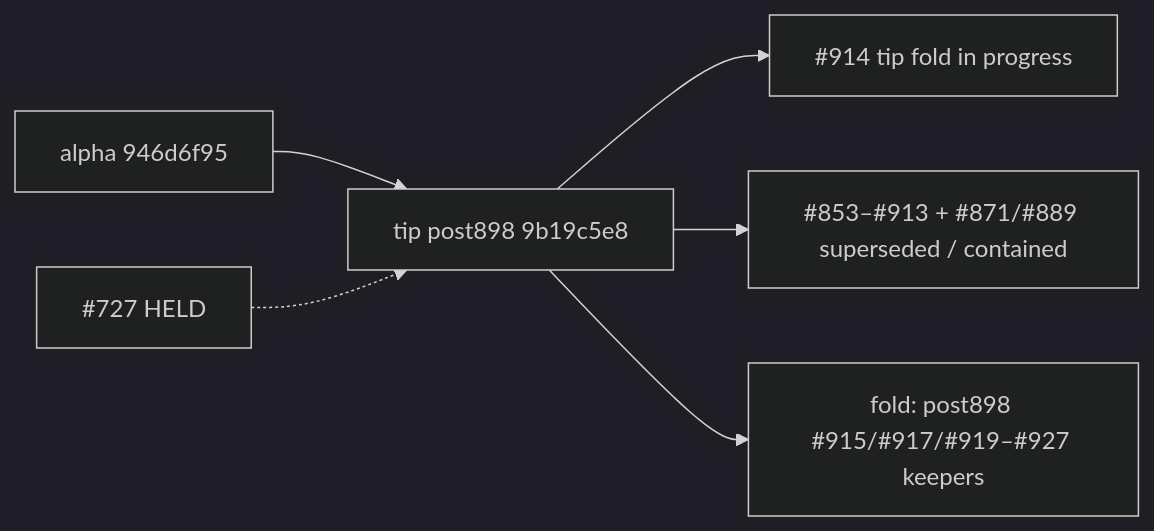
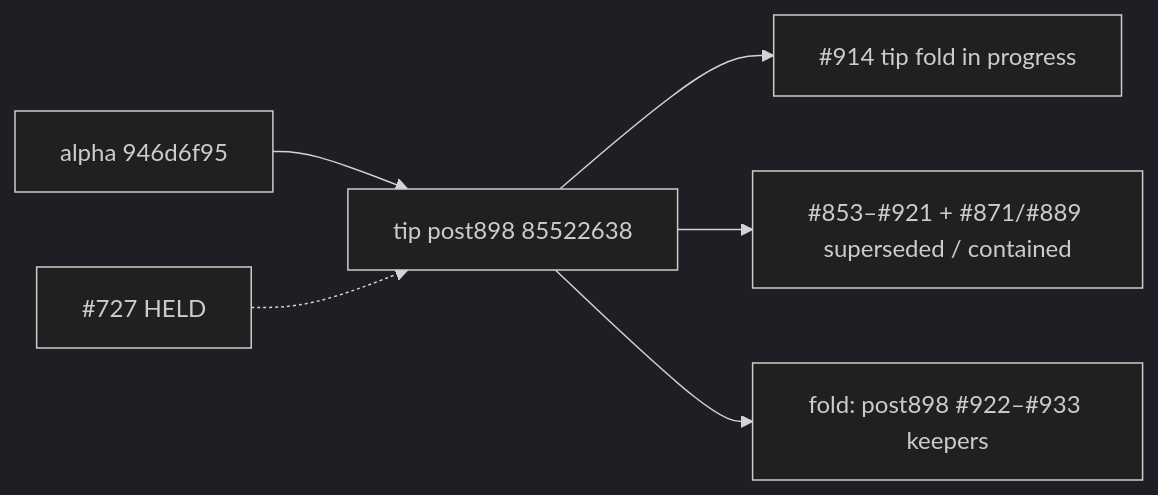
One commit to fuzzywigg/math-pentathlon changed the second of 2 diagrams in docs/dev/open-draft-triage-post898-v4-2026-10-10.md. Above: the diagram before and after it, drawn with Mermaid (dark theme). The commit also changed other lines of this file and 2 other files, not shown here.

First line of the commit message:
docs(q-mp-444): refresh triage v4 after tip absorbed #915–#921

````diff
--- a/docs/dev/open-draft-triage-post898-v4-2026-10-10.md
+++ b/docs/dev/open-draft-triage-post898-v4-2026-10-10.md
@@ -121,8 +121,8 @@
 ```mermaid
 flowchart LR
-  alphaCut["alpha 946d6f95"] --> tip898["tip post898 9b19c5e8"]
+  alphaCut["alpha 946d6f95"] --> tip898["tip post898 85522638"]
   tip898 --> tipPr["#914 tip fold in progress"]
-  tip898 --> supersededStack["#853–#913 + #871/#889 superseded / contained"]
-  tip898 --> foldReady["fold: post898 #915/#917/#919–#927 keepers"]
+  tip898 --> supersededStack["#853–#921 + #871/#889 superseded / contained"]
+  tip898 --> foldReady["fold: post898 #922–#933 keepers"]
   held727["#727 HELD"] -.-> tip898
 ```
````
